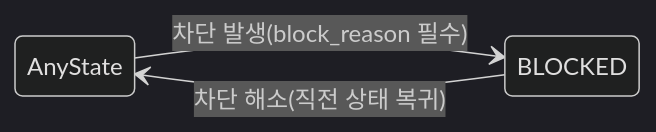
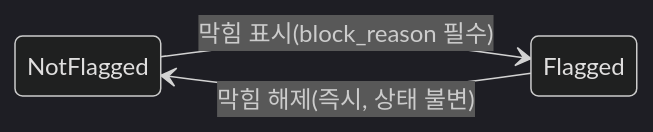
Before and after one commit to johnnykim7/workmap: the fifth of 10 diagrams in docs/T1-5_FSM_상태_정의.md, drawn with Mermaid (dark theme). The commit also changed other lines of this file and 5 other files, not shown here.

````diff
--- a/docs/T1-5_FSM_상태_정의.md
+++ b/docs/T1-5_FSM_상태_정의.md
@@ -166,6 +166,6 @@
 ```mermaid
 stateDiagram-v2
     direction LR
-    AnyState --> BLOCKED : 차단 발생(block_reason 필수)
-    BLOCKED --> AnyState : 차단 해소(직전 상태 복귀)
+    NotFlagged --> Flagged : 막힘 표시(block_reason 필수)
+    Flagged --> NotFlagged : 막힘 해제(즉시, 상태 불변)
 ```
````
